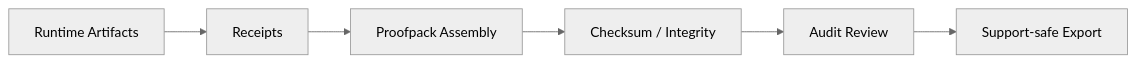
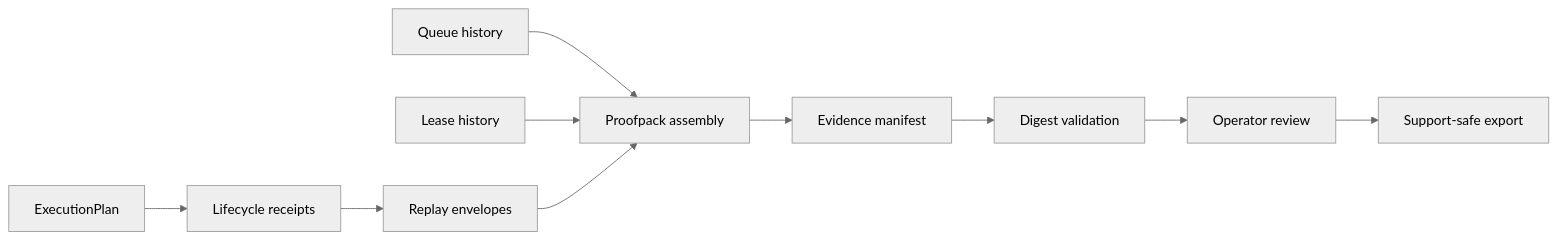
The diagram in docs/architecture/evidence-topology.md (Hardonian/NemoClaw-substrate), drawn with Mermaid (neutral theme) before and after one commit. The commit also changed other lines of this file and 8 other files, not shown here.

Commit message:
docs: add architecture and verification documentation, update dev tooling, and introduce a core verification script.

````diff
--- a/docs/architecture/evidence-topology.md
+++ b/docs/architecture/evidence-topology.md
@@ -8,8 +8,12 @@
 ```mermaid
 flowchart LR
-  Runtime[Runtime Artifacts] --> Receipts[Receipts]
-  Receipts --> Proofpack[Proofpack Assembly]
-  Proofpack --> Integrity[Checksum / Integrity]
-  Integrity --> Audit[Audit Review]
-  Audit --> Export[Support-safe Export]
+  Plan[ExecutionPlan] --> Receipts[Lifecycle receipts]
+  Queue[Queue history] --> Proofpack[Proofpack assembly]
+  Lease[Lease history] --> Proofpack
+  Receipts --> Replay[Replay envelopes]
+  Replay --> Proofpack
+  Proofpack --> Manifest[Evidence manifest]
+  Manifest --> Integrity[Digest validation]
+  Integrity --> Audit[Operator review]
+  Audit --> Export[Support-safe export]
 ```
````
